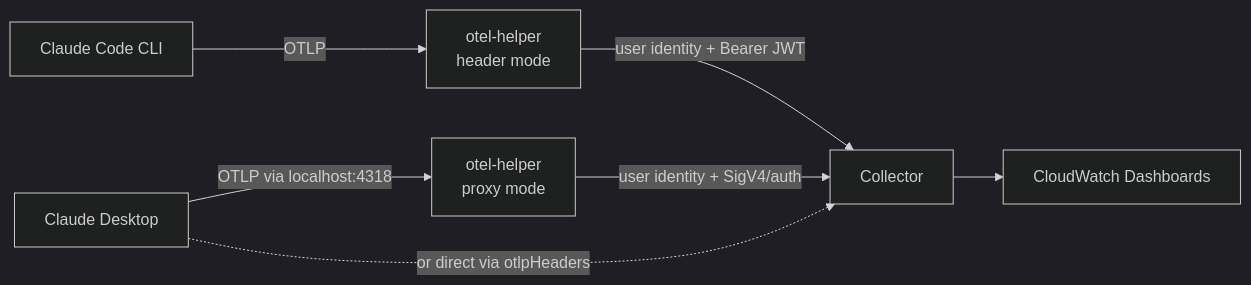
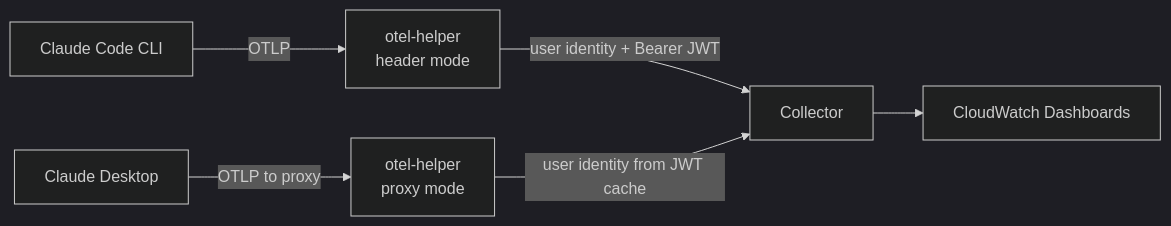
One commit to aws-solutions-library-samples/guidance-for-claude-code-with-amazon-bedrock changed the third of 4 diagrams in README.md. Above: the diagram before and after it, drawn with Mermaid (dark theme). The commit also changed other lines of this file, not shown here.

First line of the commit message:
docs: align with PR #660's proxy auto-spawn implementation

````diff
--- a/README.md
+++ b/README.md
@@ -158,9 +158,8 @@
 ```mermaid
 flowchart LR
     CC[Claude Code CLI] -->|OTLP| OH1[otel-helper<br/>header mode]
-    CW[Claude Desktop] -->|OTLP via localhost:4318| OH2[otel-helper<br/>proxy mode]
-    CW -.->|or direct via otlpHeaders| COLL
+    CW[Claude Desktop] -->|OTLP to proxy| OH2[otel-helper<br/>proxy mode]
     OH1 -->|"user identity + Bearer JWT"| COLL[Collector]
-    OH2 -->|"user identity + SigV4/auth"| COLL
+    OH2 -->|"user identity from JWT cache"| COLL
     COLL --> DASH[CloudWatch Dashboards]
 ```
````
